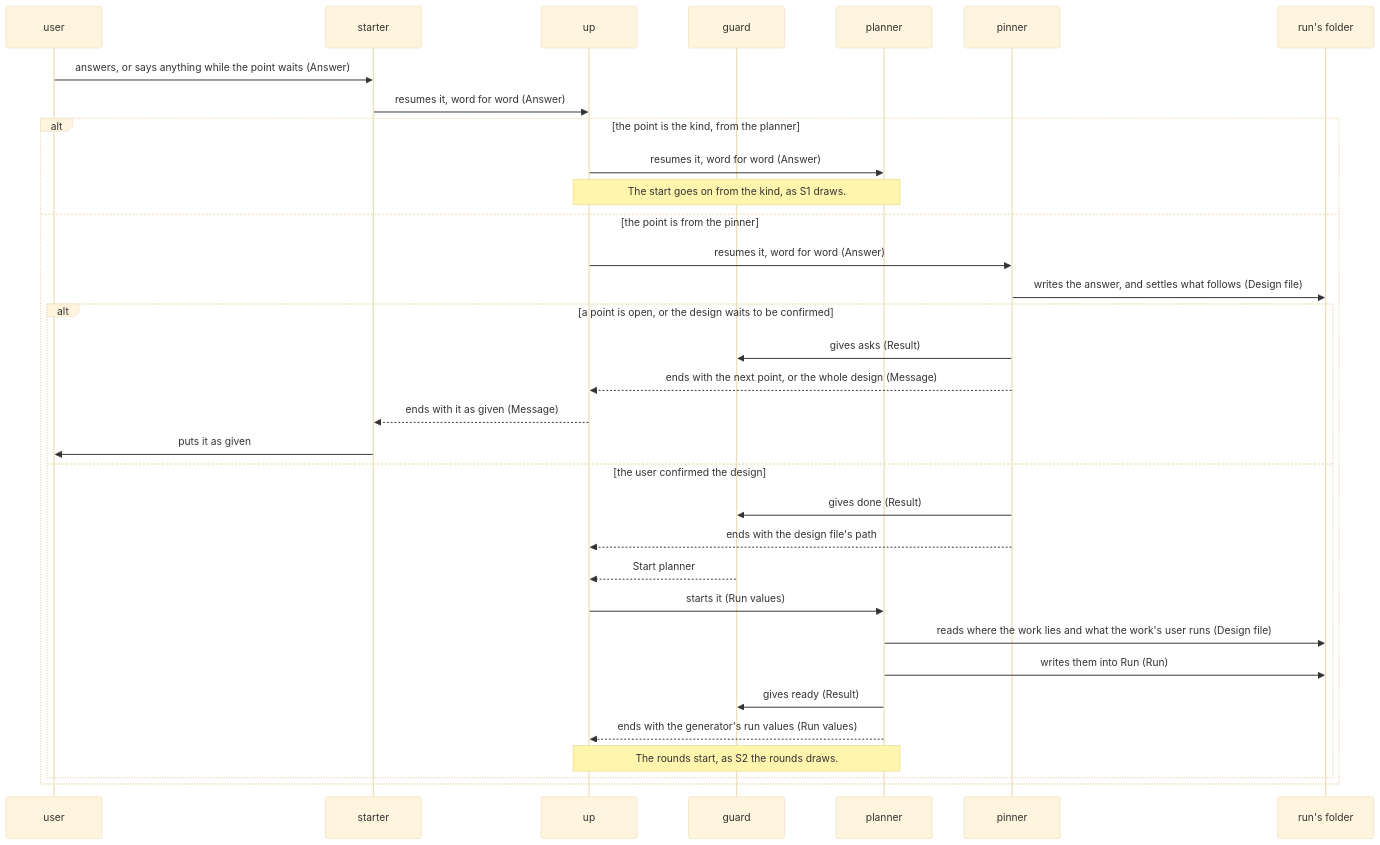
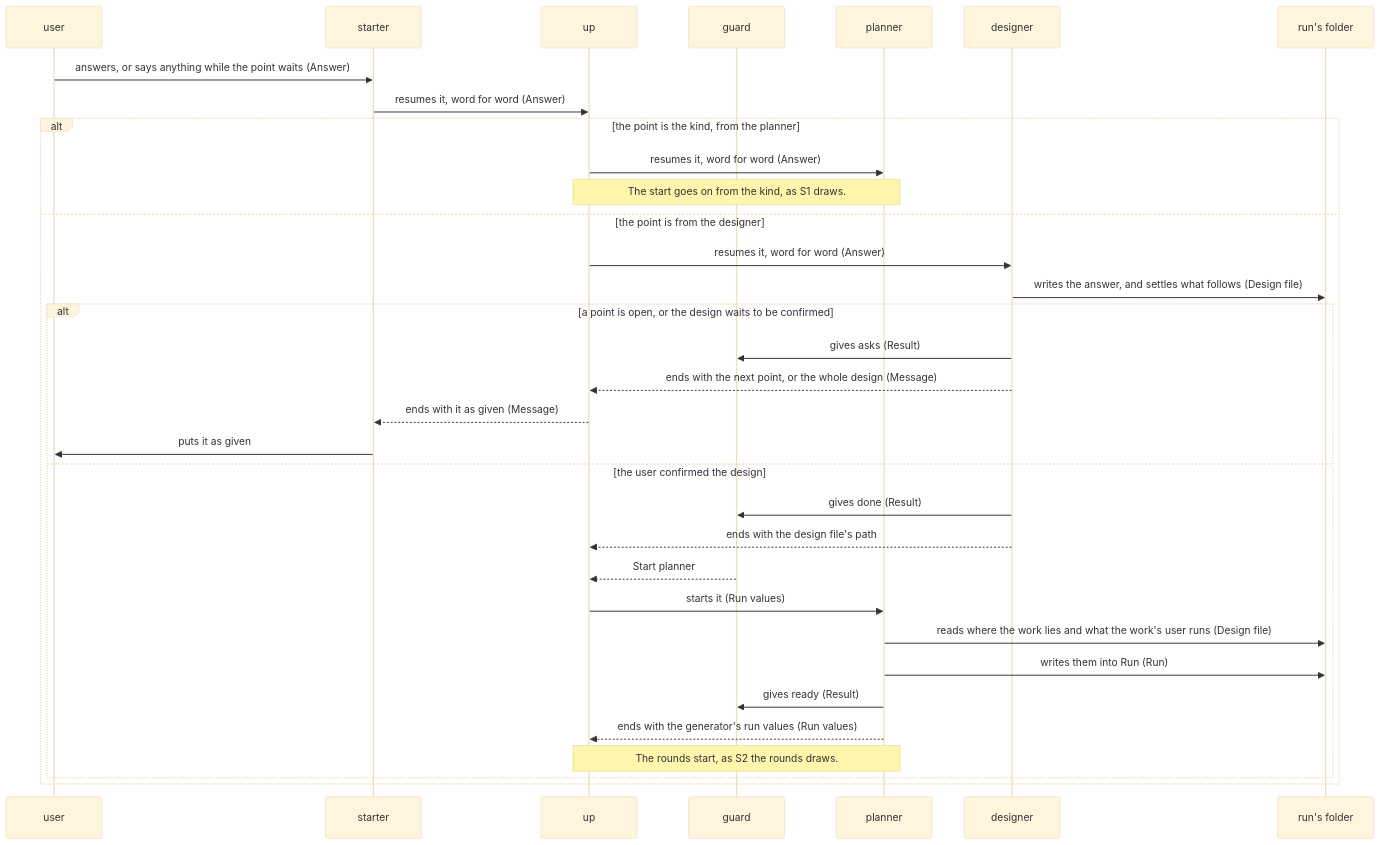
Before and after one commit to lovaizu/ccpm: the second of 3 diagrams in dev/turn/architecture.md, drawn with Mermaid (base theme). The commit also changed other lines of this file and 16 other files, not shown here.

````diff
--- a/dev/turn/architecture.md
+++ b/dev/turn/architecture.md
@@ -290,35 +291,35 @@
 ```mermaid
 sequenceDiagram
   participant R as user
   participant ST as starter
   participant U as up
   participant G as guard
   participant PL as planner
-  participant PN as pinner
+  participant PN as designer
   participant F as run's folder
   R->>ST: answers, or says anything while the point waits (Answer)
   ST->>U: resumes it, word for word (Answer)
   alt the point is the kind, from the planner
     U->>PL: resumes it, word for word (Answer)
     Note over U,PL: The start goes on from the kind, as S1 draws.
-  else the point is from the pinner
+  else the point is from the designer
     U->>PN: resumes it, word for word (Answer)
     PN->>F: writes the answer, and settles what follows (Design file)
     alt a point is open, or the design waits to be confirmed
       PN->>G: gives asks (Result)
       PN-->>U: ends with the next point, or the whole design (Message)
       U-->>ST: ends with it as given (Message)
       ST->>R: puts it as given
     else the user confirmed the design
       PN->>G: gives done (Result)
       PN-->>U: ends with the design file's path
       G-->>U: Start planner
       U->>PL: starts it (Run values)
       PL->>F: reads where the work lies and what the work's user runs (Design file)
       PL->>F: writes them into Run (Run)
       PL->>G: gives ready (Result)
       PL-->>U: ends with the generator's run values (Run values)
       Note over U,PL: The rounds start, as S2 the rounds draws.
     end
   end
 ```
````
